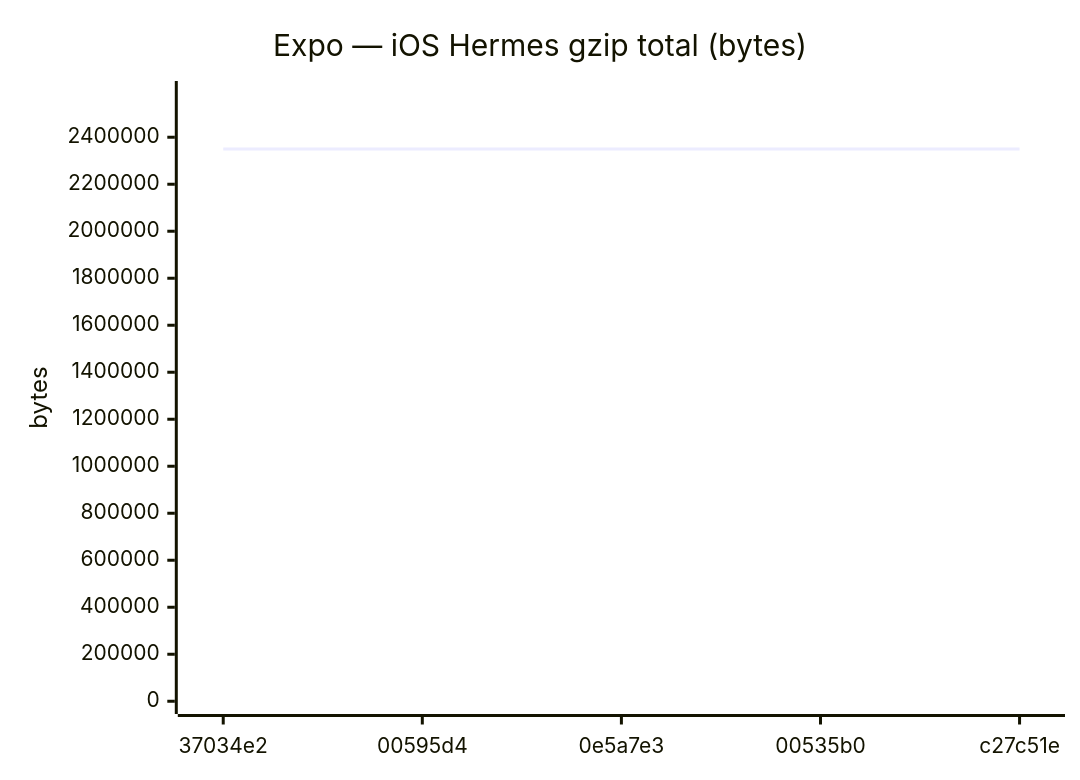
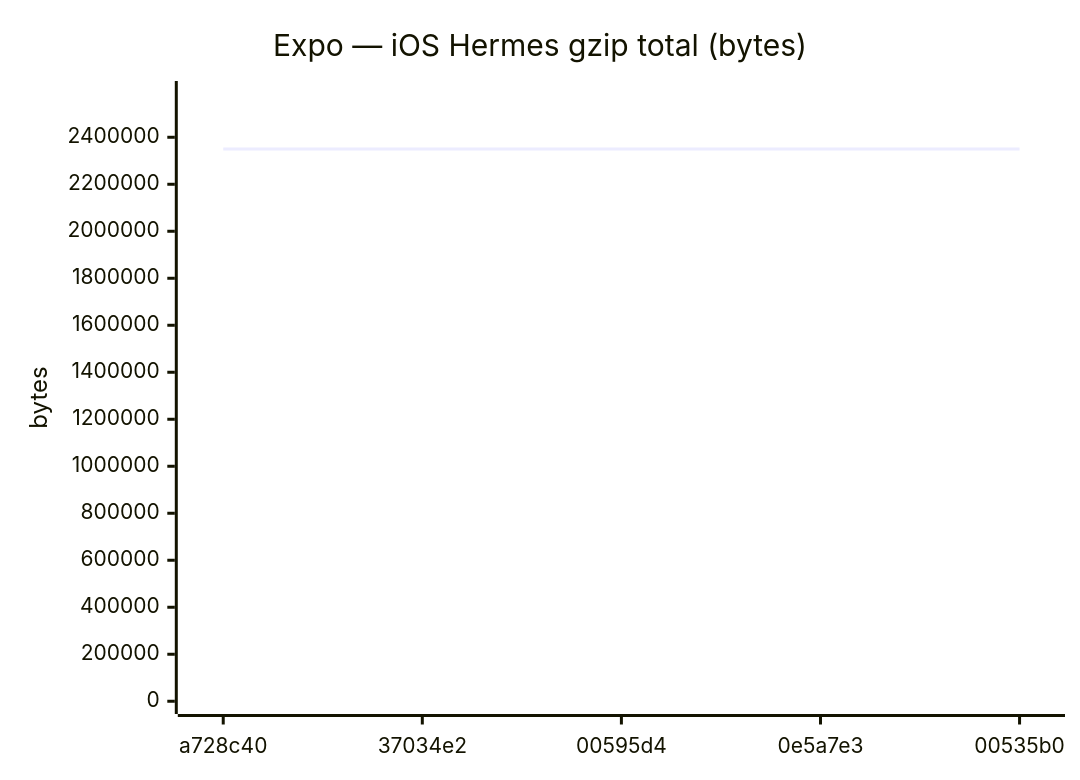
One commit to Metaheurist/Rianell changed diagram 16 of 24 in benchmarks/compare.md. Above: the diagram before and after it, drawn with Mermaid. The commit also changed other lines of this file and 12 other files, not shown here.

````diff
--- a/benchmarks/compare.md
+++ b/benchmarks/compare.md
@@ -220,7 +224,7 @@
 ```mermaid
 xychart-beta
     title "Expo — iOS Hermes gzip total (bytes)"
-    x-axis ["37034e2", "00595d4", "0e5a7e3", "00535b0", "c27c51e"]
-    y-axis "bytes" 0 --> 2585051
-    line [2350043, 2350046, 2350041, 2349868, 2349864]
+    x-axis ["a728c40", "37034e2", "00595d4", "0e5a7e3", "00535b0"]
+    y-axis "bytes" 0 --> 2585193
+    line [2350175, 2350043, 2350046, 2350041, 2349868]
 ```
````
